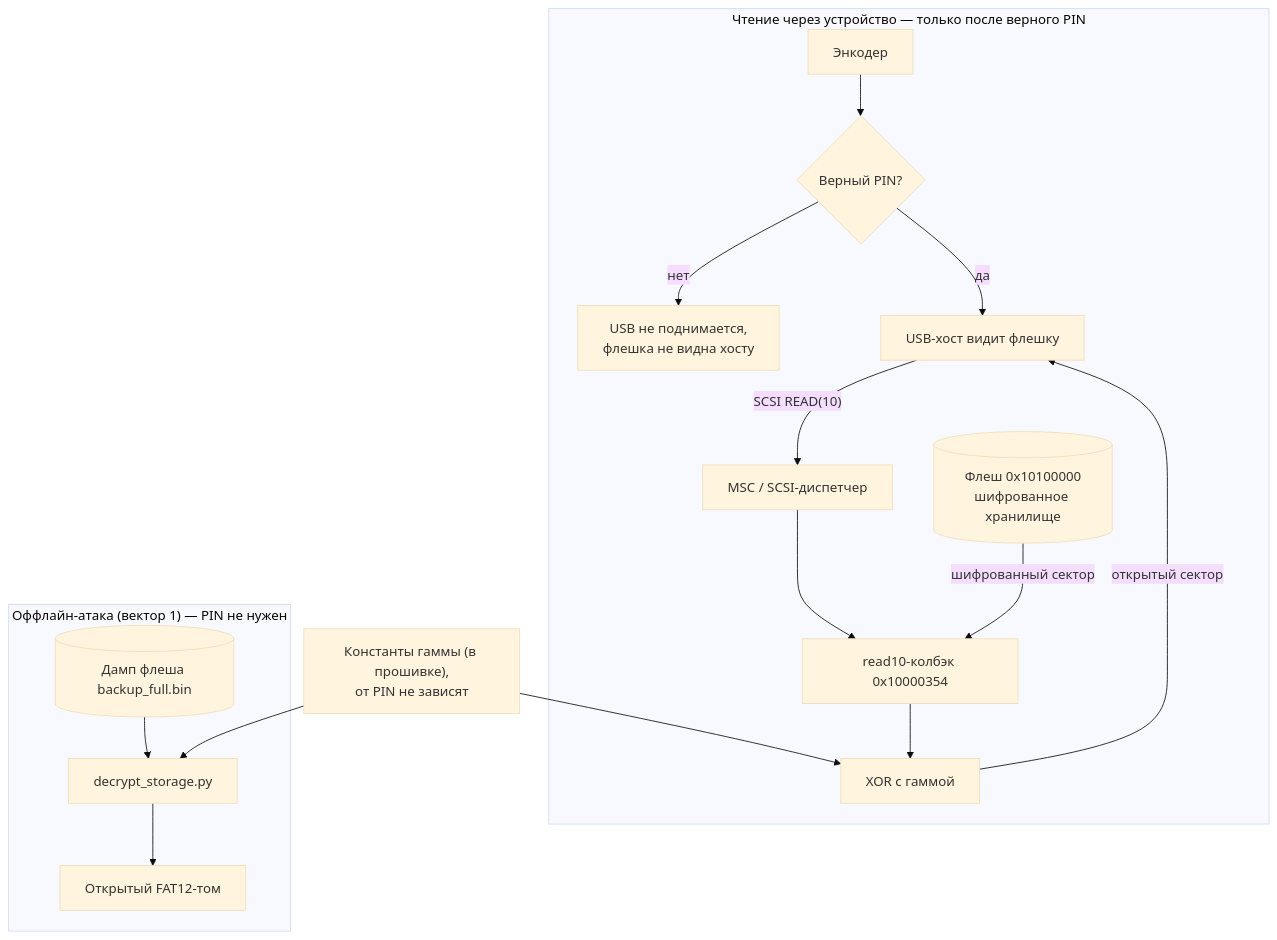
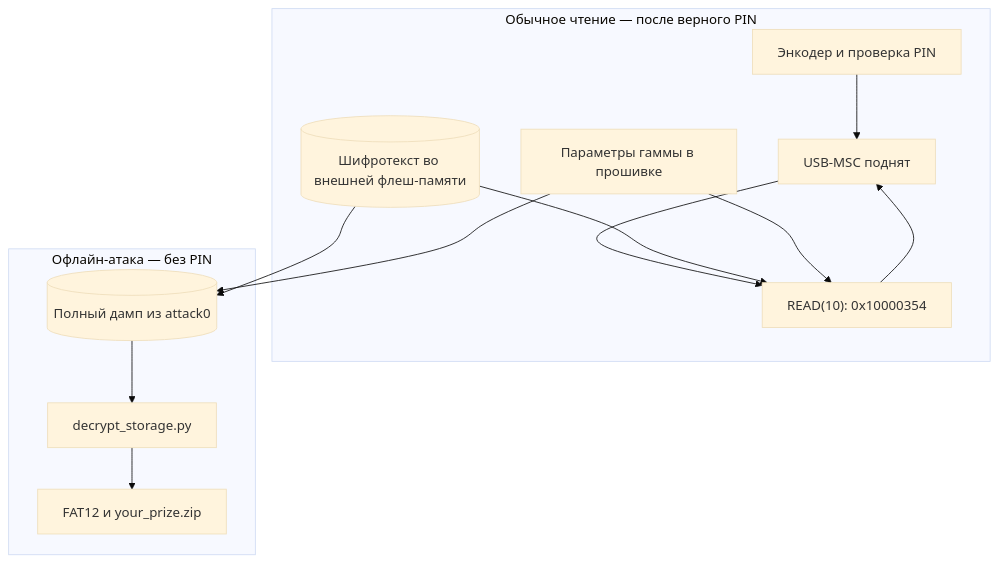
The diagram in attack1/README.md (HarisGOD1/case-12-reverse-engineering-pcb-team-3), drawn with Mermaid (base theme) before and after one commit. The commit also changed other lines of this file and 52 other files, not shown here.

````diff
--- a/attack1/README.md
+++ b/attack1/README.md
@@ -20,19 +25,16 @@
 ```mermaid
 flowchart TD
-    subgraph legit["Чтение через устройство — только после верного PIN"]
-        enc["Энкодер"] --> pinchk{"Верный PIN?"}
-        pinchk -->|"нет"| hidden["USB не поднимается,<br/>флешка не видна хосту"]
-        pinchk -->|"да"| host["USB-хост видит флешку"]
-        host -->|"SCSI READ(10)"| scsi["MSC / SCSI-диспетчер"]
-        scsi --> r10["read10-колбэк 0x10000354"]
-        flash[("Флеш 0x10100000<br/>шифрованное хранилище")] -->|"шифрованный сектор"| r10
-        r10 --> xor["XOR с гаммой"]
-        xor -->|"открытый сектор"| host
+    subgraph device["Обычное чтение — после верного PIN"]
+        pin["Энкодер и проверка PIN"] --> usb["USB-MSC поднят"]
+        usb --> read["READ(10): 0x10000354"]
+        flash[("Шифротекст во внешней флеш-памяти")] --> read
+        params["Параметры гаммы в прошивке"] --> read
+        read --> usb
     end
-    subgraph offline["Оффлайн-атака (вектор 1) — PIN не нужен"]
-        dump[("Дамп флеша backup_full.bin")] --> poc["decrypt_storage.py"]
-        poc --> plain["Открытый FAT12-том"]
+    subgraph offline["Офлайн-атака — без PIN"]
+        dump[("Полный дамп из attack0")] --> decrypt["decrypt_storage.py"]
+        decrypt --> fat["FAT12 и your_prize.zip"]
     end
-    keys["Константы гаммы (в прошивке),<br/>от PIN не зависят"] --> xor
-    keys --> poc
+    flash --> dump
+    params --> dump
 ```
````
